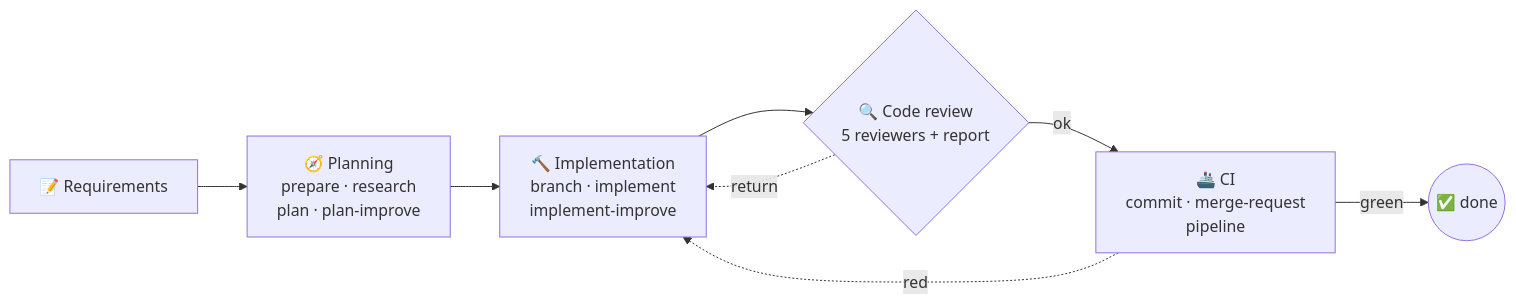
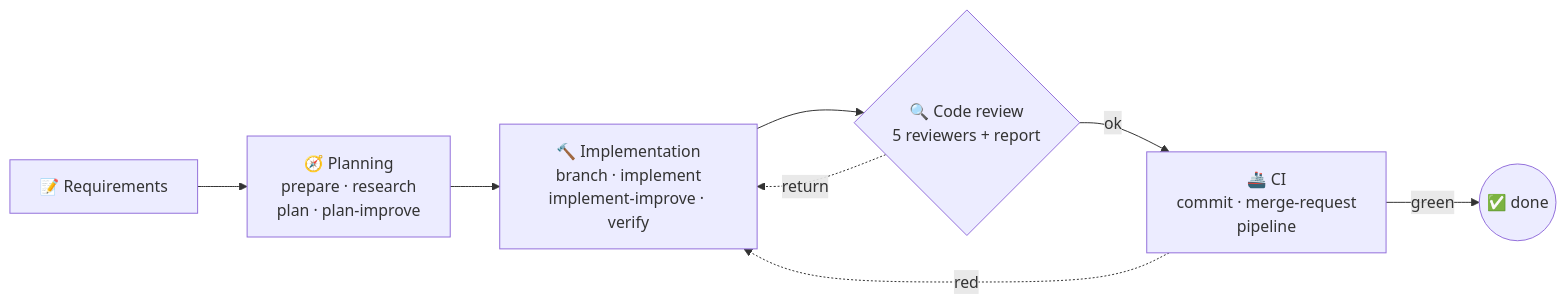
One commit to swarmloop/swarmloop changed the diagram in README.md. Above: the diagram before and after it, drawn with Mermaid. The commit also changed other lines of this file and 36 other files, not shown here.

Commit message:
feat(run-mw1ww9uo): Verify 02: put the project checks into the flow as a `verify` step between implement and code review

````diff
--- a/README.md
+++ b/README.md
@@ -168,10 +189,10 @@
 ```mermaid
 flowchart LR
   R["📝 Requirements"] --> P["🧭 Planning<br/>prepare · research<br/>plan · plan-improve"]
-  P --> I["🔨 Implementation<br/>branch · implement<br/>implement-improve"]
+  P --> I["🔨 Implementation<br/>branch · implement<br/>implement-improve · verify"]
   I --> C{"🔍 Code review<br/>5 reviewers + report"}
   C -- ok --> D["🚢 CI<br/>commit · merge-request<br/>pipeline"]
   C -. return .-> I
   D -. red .-> I
   D -- green --> E(("✅ done"))
 ```
````
